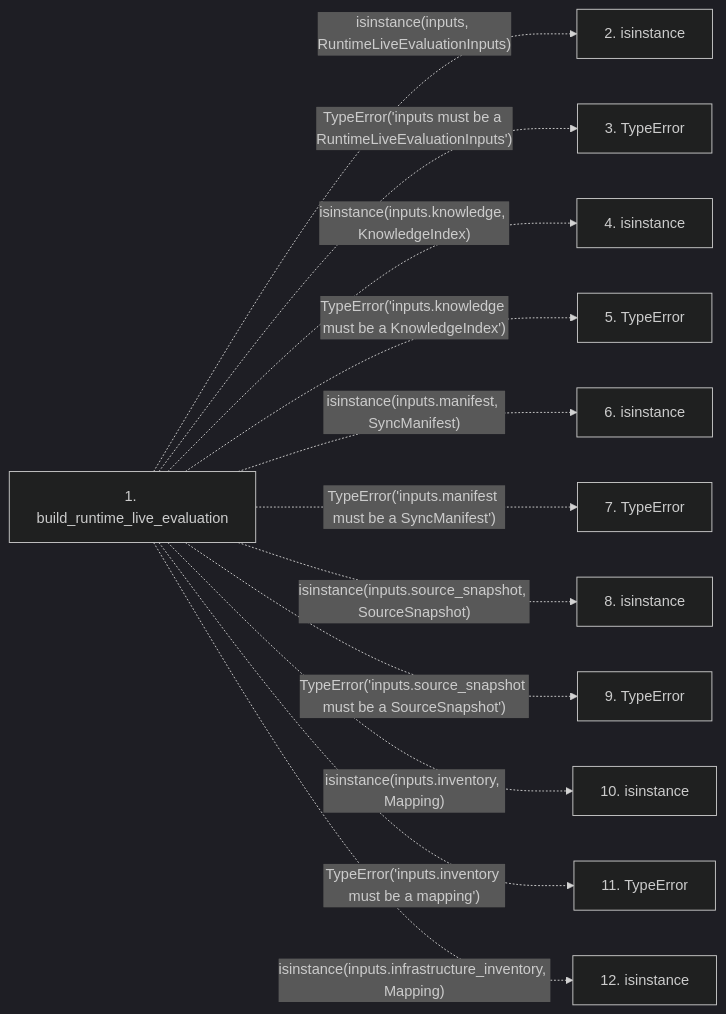
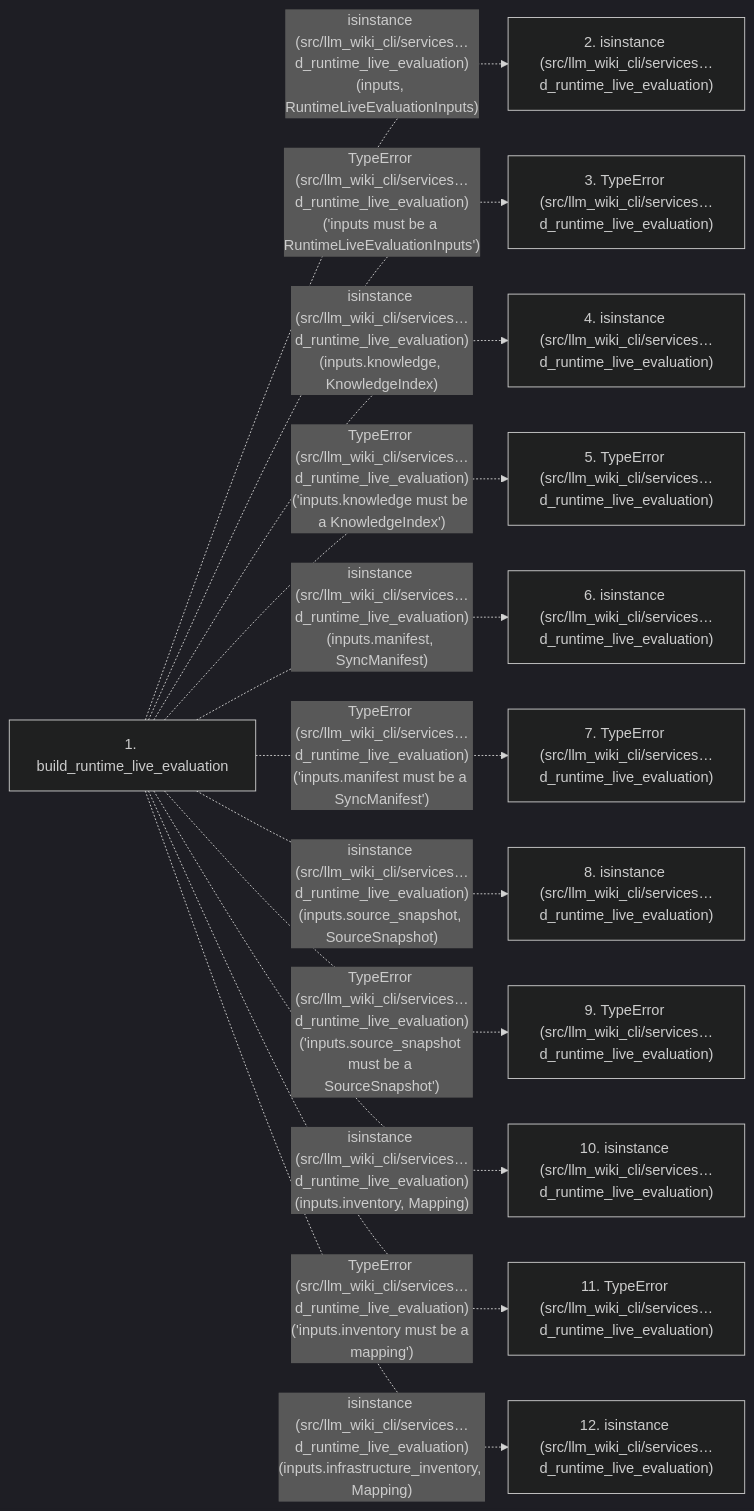
Before and after one commit to Denissvgn/python-wiki-llm: the second of 2 diagrams in docs/llm_wiki/flows/api-build_runtime_live_evaluation.md, drawn with Mermaid (dark theme). The commit also changed other lines of this file and 719 other files, not shown here.

````diff
--- a/docs/llm_wiki/flows/api-build_runtime_live_evaluation.md
+++ b/docs/llm_wiki/flows/api-build_runtime_live_evaluation.md
@@ -76,27 +79,27 @@
 ```mermaid
 flowchart LR
     s1["1. build_runtime_live_evaluation"]
-    s2["2. isinstance"]
-    s3["3. TypeError"]
-    s4["4. isinstance"]
-    s5["5. TypeError"]
-    s6["6. isinstance"]
-    s7["7. TypeError"]
-    s8["8. isinstance"]
-    s9["9. TypeError"]
-    s10["10. isinstance"]
-    s11["11. TypeError"]
-    s12["12. isinstance"]
-    s1 -. "isinstance(inputs, RuntimeLiveEvaluationInputs)" .-> s2
-    s1 -. "TypeError('inputs must be a RuntimeLiveEvaluationInputs')" .-> s3
-    s1 -. "isinstance(inputs.knowledge, KnowledgeIndex)" .-> s4
-    s1 -. "TypeError('inputs.knowledge must be a KnowledgeIndex')" .-> s5
-    s1 -. "isinstance(inputs.manifest, SyncManifest)" .-> s6
-    s1 -. "TypeError('inputs.manifest must be a SyncManifest')" .-> s7
-    s1 -. "isinstance(inputs.source_snapshot, SourceSnapshot)" .-> s8
-    s1 -. "TypeError('inputs.source_snapshot must be a SourceSnapshot')" .-> s9
-    s1 -. "isinstance(inputs.inventory, Mapping)" .-> s10
-    s1 -. "TypeError('inputs.inventory must be a mapping')" .-> s11
-    s1 -. "isinstance(inputs.infrastructure_inventory, Mapping)" .-> s12
+    s2["2. isinstance (src/llm_wiki_cli/services…d_runtime_live_evaluation)"]
+    s3["3. TypeError (src/llm_wiki_cli/services…d_runtime_live_evaluation)"]
+    s4["4. isinstance (src/llm_wiki_cli/services…d_runtime_live_evaluation)"]
+    s5["5. TypeError (src/llm_wiki_cli/services…d_runtime_live_evaluation)"]
+    s6["6. isinstance (src/llm_wiki_cli/services…d_runtime_live_evaluation)"]
+    s7["7. TypeError (src/llm_wiki_cli/services…d_runtime_live_evaluation)"]
+    s8["8. isinstance (src/llm_wiki_cli/services…d_runtime_live_evaluation)"]
+    s9["9. TypeError (src/llm_wiki_cli/services…d_runtime_live_evaluation)"]
+    s10["10. isinstance (src/llm_wiki_cli/services…d_runtime_live_evaluation)"]
+    s11["11. TypeError (src/llm_wiki_cli/services…d_runtime_live_evaluation)"]
+    s12["12. isinstance (src/llm_wiki_cli/services…d_runtime_live_evaluation)"]
+    s1 -. "isinstance (src/llm_wiki_cli/services…d_runtime_live_evaluation)(inputs, RuntimeLiveEvaluationInputs)" .-> s2
+    s1 -. "TypeError (src/llm_wiki_cli/services…d_runtime_live_evaluation)('inputs must be a RuntimeLiveEvaluationInputs')" .-> s3
+    s1 -. "isinstance (src/llm_wiki_cli/services…d_runtime_live_evaluation)(inputs.knowledge, KnowledgeIndex)" .-> s4
+    s1 -. "TypeError (src/llm_wiki_cli/services…d_runtime_live_evaluation)('inputs.knowledge must be a KnowledgeIndex')" .-> s5
+    s1 -. "isinstance (src/llm_wiki_cli/services…d_runtime_live_evaluation)(inputs.manifest, SyncManifest)" .-> s6
+    s1 -. "TypeError (src/llm_wiki_cli/services…d_runtime_live_evaluation)('inputs.manifest must be a SyncManifest')" .-> s7
+    s1 -. "isinstance (src/llm_wiki_cli/services…d_runtime_live_evaluation)(inputs.source_snapshot, SourceSnapshot)" .-> s8
+    s1 -. "TypeError (src/llm_wiki_cli/services…d_runtime_live_evaluation)('inputs.source_snapshot must be a SourceSnapshot')" .-> s9
+    s1 -. "isinstance (src/llm_wiki_cli/services…d_runtime_live_evaluation)(inputs.inventory, Mapping)" .-> s10
+    s1 -. "TypeError (src/llm_wiki_cli/services…d_runtime_live_evaluation)('inputs.inventory must be a mapping')" .-> s11
+    s1 -. "isinstance (src/llm_wiki_cli/services…d_runtime_live_evaluation)(inputs.infrastructure_inventory, Mapping)" .-> s12
     click s1 "../modules/knowledge_orchestration.md"
 ```
````
